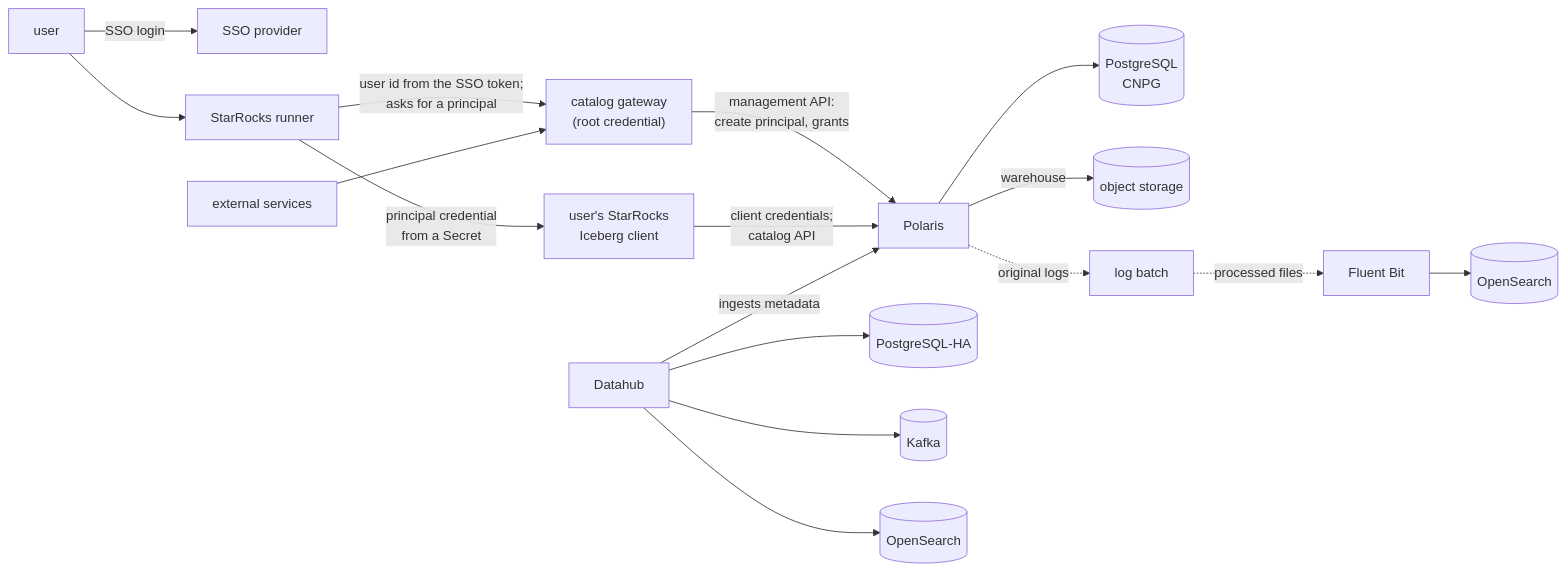
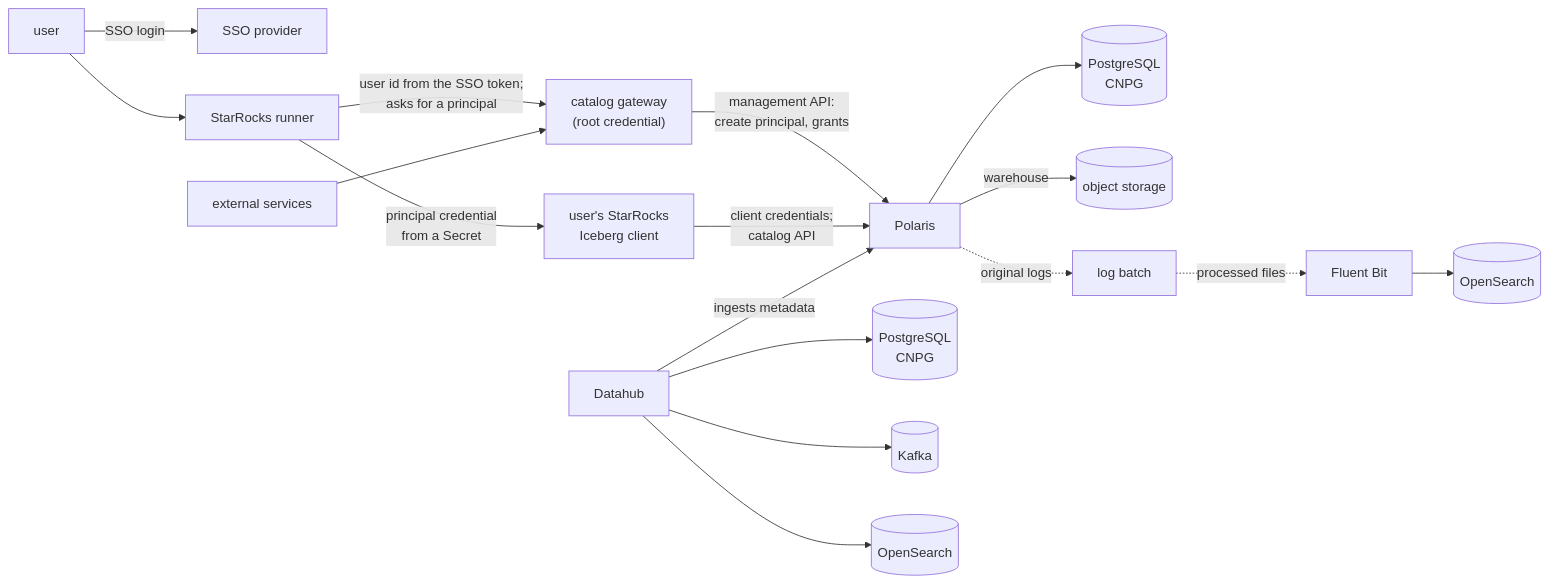
Before and after one commit to enjay27/lakehouse: the diagram in docs/plans/roadmap.md, drawn with Mermaid. The commit also changed other lines of this file, not shown here.

First line of the commit message:
Roadmap follows Kade's P0 choices; the Bitnami and root-credential risks are settled

````diff
--- a/docs/plans/roadmap.md
+++ b/docs/plans/roadmap.md
@@ -26,18 +26,18 @@
 ```mermaid
 flowchart LR
     U["user"] -->|"SSO login"| KC["SSO provider"]
     U --> RB["StarRocks runner"]
     RB -->|"user id from the SSO token;<br/>asks for a principal"| GW["catalog gateway<br/>(root credential)"]
     GW -->|"management API:<br/>create principal, grants"| POL["Polaris"]
     RB -->|"principal credential<br/>from a Secret"| SR["user's StarRocks<br/>Iceberg client"]
     SR -->|"client credentials;<br/>catalog API"| POL
     EXT["external services"] --> GW
     POL --> PG[("PostgreSQL<br/>CNPG")]
     POL -->|"warehouse"| S3[("object storage")]
     POL -.->|"original logs"| LB["log batch"]
     LB -.->|"processed files"| FB["Fluent Bit"] --> OS[("OpenSearch")]
     DH["Datahub"] -->|"ingests metadata"| POL
-    DH --> DPG[("PostgreSQL-HA")]
+    DH --> DPG[("PostgreSQL<br/>CNPG")]
     DH --> DK[("Kafka")]
     DH --> DOS[("OpenSearch")]
 ```
````
